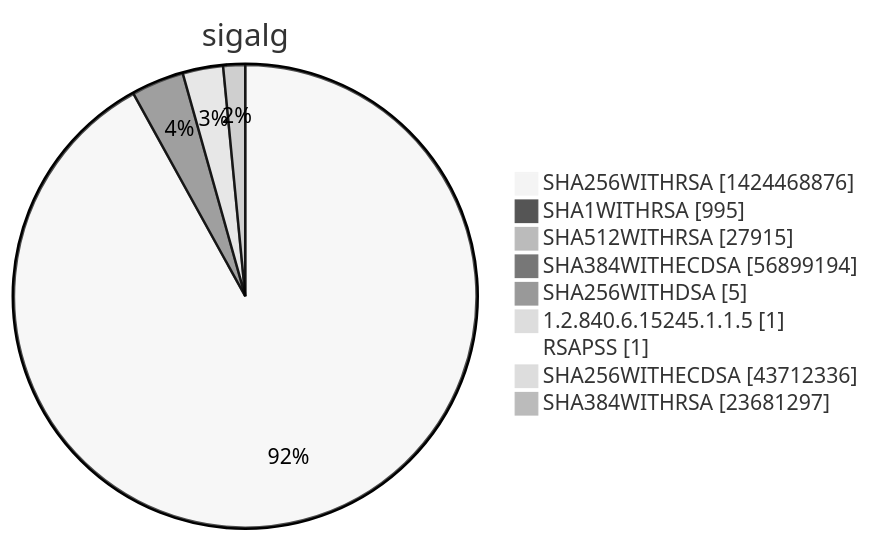
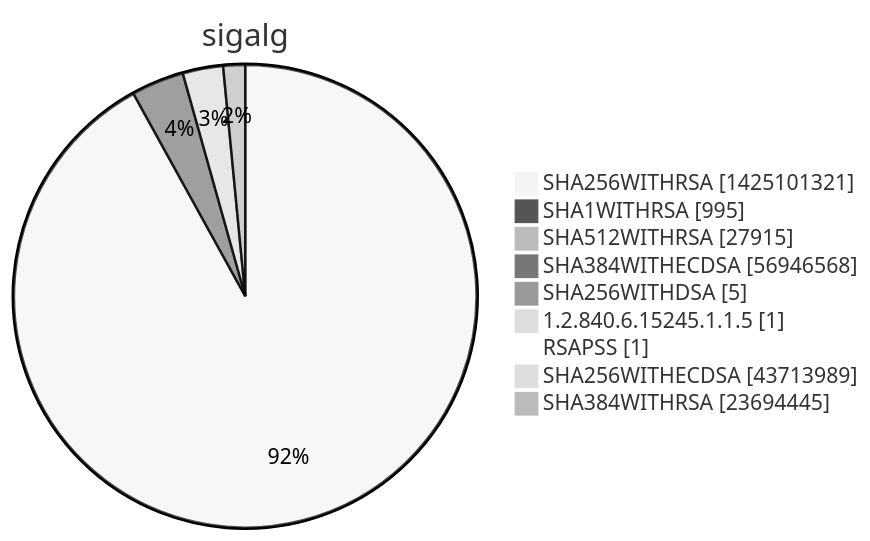
One commit to christiankrug/ctmonitor_visualization changed diagram 15 of 15 in xenon2022/README.md. Above: the diagram before and after it, drawn with Mermaid (neutral theme). The commit also changed other lines of this file, not shown here.

````diff
--- a/xenon2022/README.md
+++ b/xenon2022/README.md
@@ -5860,13 +5860,13 @@
 ```mermaid
 pie showData
 title sigalg
-"SHA256WITHRSA" :1424468876
+"SHA256WITHRSA" :1425101321
 "SHA1WITHRSA" :995
 "SHA512WITHRSA" :27915
-"SHA384WITHECDSA" :56899194
+"SHA384WITHECDSA" :56946568
 "SHA256WITHDSA" :5
 "1.2.840.6.15245.1.1.5" :1
 "RSAPSS" :1
-"SHA256WITHECDSA" :43712336
-"SHA384WITHRSA" :23681297
+"SHA256WITHECDSA" :43713989
+"SHA384WITHRSA" :23694445
 ```
````
